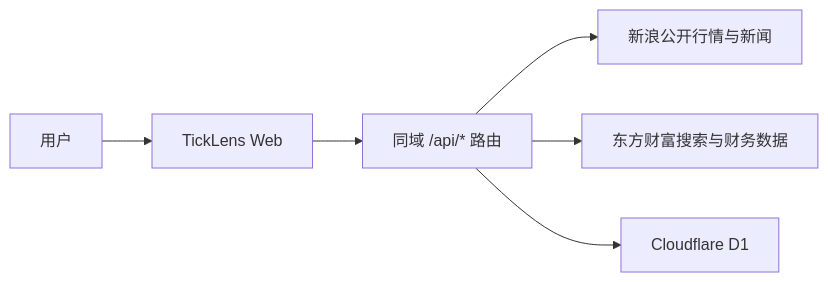
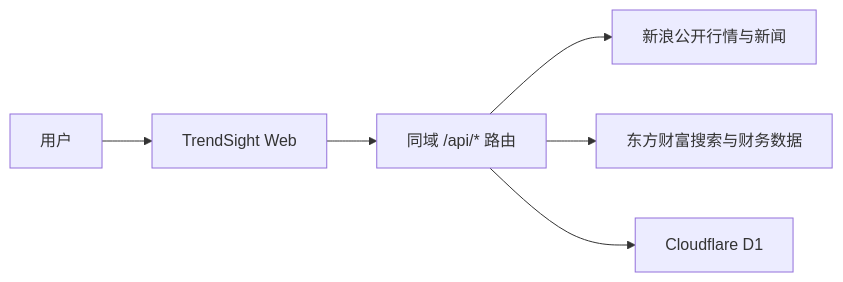
Before and after one commit to weipeng-srz/TransactionData: the diagram in docs/architecture.md, drawn with Mermaid. The commit also changed other lines of this file and 37 other files, not shown here.

````diff
--- a/docs/architecture.md
+++ b/docs/architecture.md
@@ -7,8 +7,8 @@
 ```mermaid
 flowchart LR
-    U["用户"] --> W["TickLens Web"]
+    U["用户"] --> W["TrendSight Web"]
     W --> API["同域 /api/* 路由"]
     API --> S["新浪公开行情与新闻"]
     API --> E["东方财富搜索与财务数据"]
     API --> D1["Cloudflare D1"]
 ```
````
